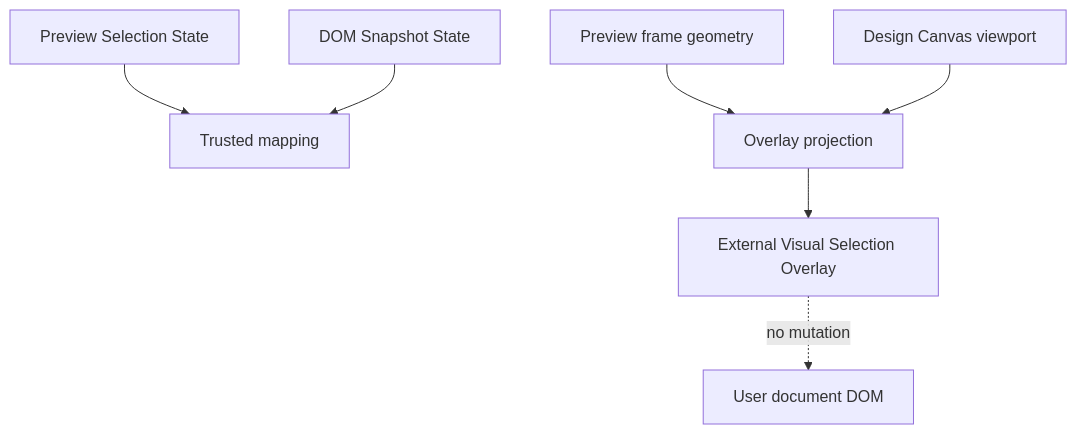
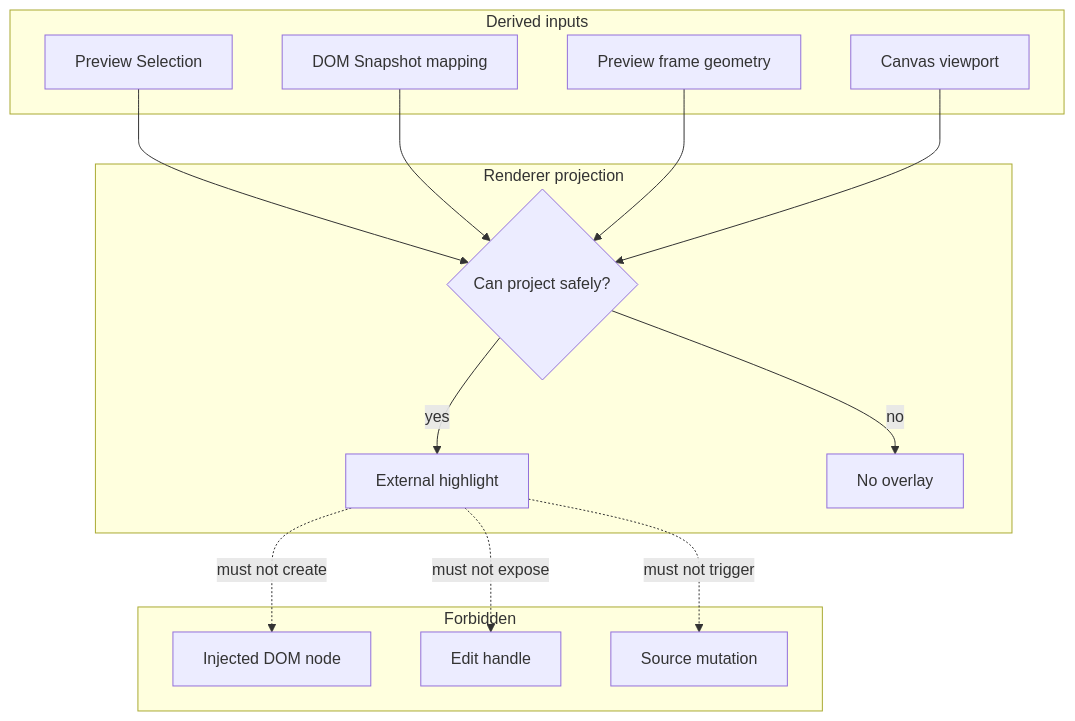
The diagram in docs/architecture/preview/visual-selection-overlay.md (krestosa/Crystal), drawn with Mermaid before and after one commit. The commit also changed other lines of this file and 12 other files, not shown here.

````diff
--- a/docs/architecture/preview/visual-selection-overlay.md
+++ b/docs/architecture/preview/visual-selection-overlay.md
@@ -15,9 +65,31 @@
 ```mermaid
 flowchart TD
-  Selection[Preview Selection State] --> Mapping[Trusted mapping]
-  Snapshot[DOM Snapshot State] --> Mapping
-  Preview[Preview frame geometry] --> Projection[Overlay projection]
-  Canvas[Design Canvas viewport] --> Projection
-  Projection --> Overlay[External Visual Selection Overlay]
-  Overlay -. no mutation .-> UserDOM[User document DOM]
+  subgraph Inputs[Derived inputs]
+    Selection[Preview Selection]
+    Snapshot[DOM Snapshot mapping]
+    Geometry[Preview frame geometry]
+    Canvas[Canvas viewport]
+  end
+
+  subgraph Projection[Renderer projection]
+    CanProject{Can project safely?}
+    Highlight[External highlight]
+    Empty[No overlay]
+  end
+
+  subgraph Forbidden[Forbidden]
+    DOMNode[Injected DOM node]
+    Handle[Edit handle]
+    Mutation[Source mutation]
+  end
+
+  Selection --> CanProject
+  Snapshot --> CanProject
+  Geometry --> CanProject
+  Canvas --> CanProject
+  CanProject -->|yes| Highlight
+  CanProject -->|no| Empty
+  Highlight -. must not create .-> DOMNode
+  Highlight -. must not expose .-> Handle
+  Highlight -. must not trigger .-> Mutation
 ```
````
